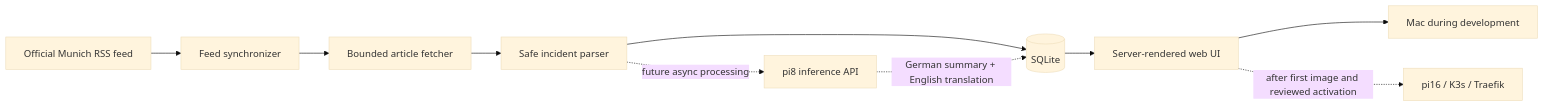
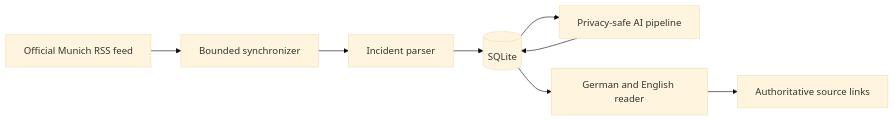
One commit to egekocabas/munichbrief changed the diagram in README.md. Above: the diagram before and after it, drawn with Mermaid (base theme). The commit also changed other lines of this file and 78 other files, not shown here.

````diff
--- a/README.md
+++ b/README.md
@@ -211,14 +66,10 @@
 ```mermaid
 flowchart LR
-    RSS["Official Munich RSS feed"] --> Sync["Feed synchronizer"]
-    Sync --> Fetch["Bounded article fetcher"]
-    Fetch --> Parser["Safe incident parser"]
+    RSS["Official Munich RSS feed"] --> Sync["Bounded synchronizer"]
+    Sync --> Parser["Incident parser"]
     Parser --> DB[("SQLite")]
-    DB --> Web["Server-rendered web UI"]
-
-    Parser -. "future async processing" .-> PI8["pi8 inference API"]
-    PI8 -. "German summary + English translation" .-> DB
-
-    Web --> Local["Mac during development"]
-    Web -. "after first image and reviewed activation" .-> PI16["pi16 / K3s / Traefik"]
+    DB --> Pipeline["Privacy-safe AI pipeline"]
+    Pipeline --> DB
+    DB --> Reader["German and English reader"]
+    Reader --> Source["Authoritative source links"]
 ```
````
